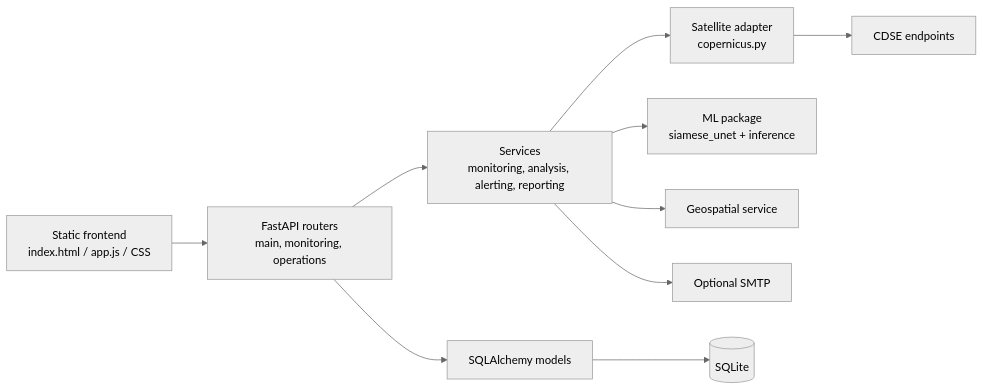
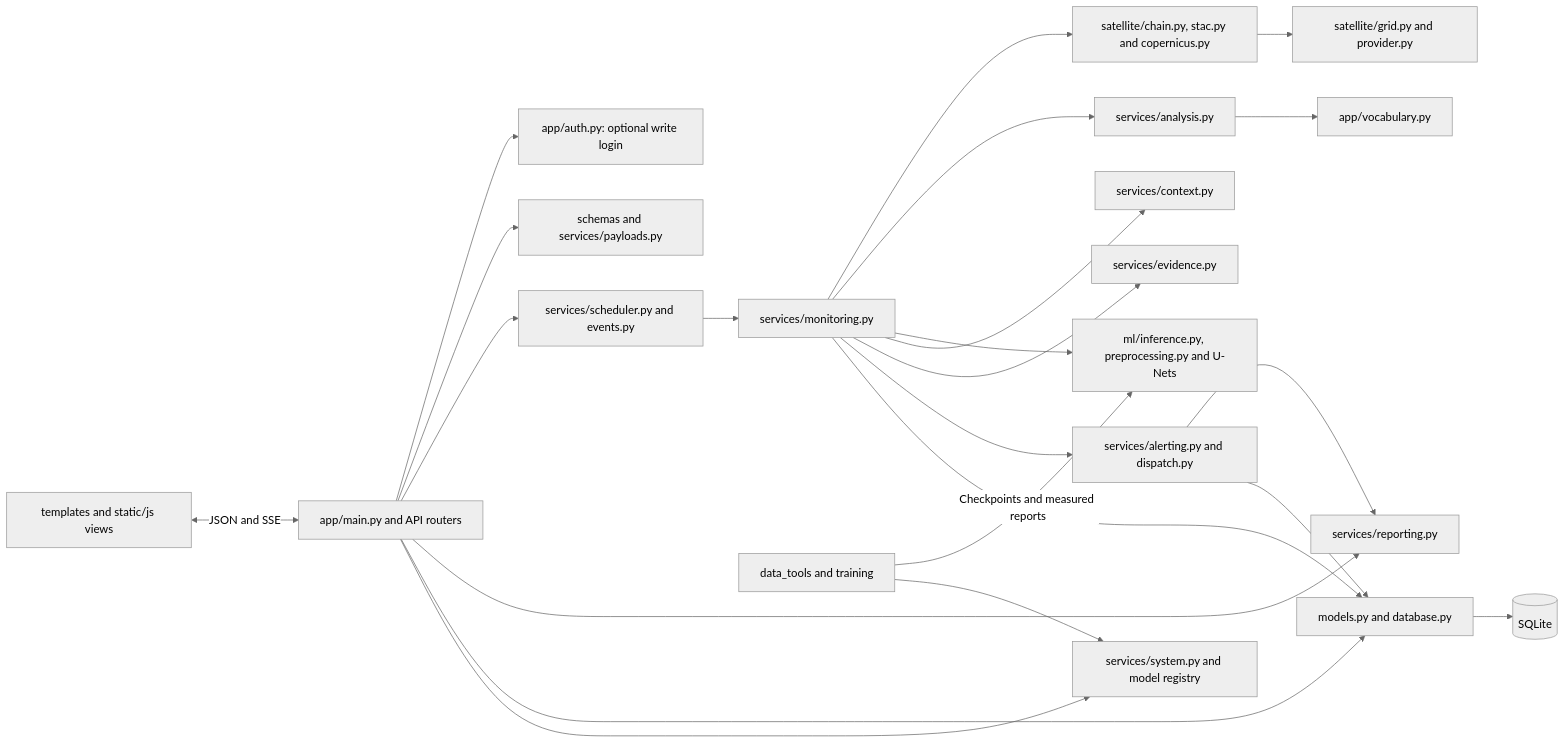
The diagram in docs/diagrams/component.mmd (srinidhimanjunath111-ni/SentinelWatch_Project), drawn with Mermaid (neutral theme) before and after one commit. The commit also changed 9 other files, not shown here.

Commit message:
docs: align ten system diagrams with v3 implementation

```diff
--- a/docs/diagrams/component.mmd
+++ b/docs/diagrams/component.mmd
@@ -1,10 +1,23 @@
 flowchart LR
-  FE[Static frontend\nindex.html / app.js / CSS] --> BE[FastAPI routers\nmain, monitoring, operations]
-  BE --> SVC[Services\nmonitoring, analysis, alerting, reporting]
-  SVC --> SAT[Satellite adapter\ncopernicus.py]
-  SVC --> ML[ML package\nsiamese_unet + inference]
-  SVC --> GEO[Geospatial service]
-  BE --> ORM[SQLAlchemy models]
-  ORM --> SQL[(SQLite)]
-  SAT --> CDSE[CDSE endpoints]
-  SVC --> SMTP[Optional SMTP]
+  FE[templates and static/js views] <-->|JSON and SSE| MAIN[app/main.py and API routers]
+  MAIN --> AUTH[app/auth.py: optional write login]
+  MAIN --> PAY[schemas and services/payloads.py]
+  MAIN --> SCH[services/scheduler.py and events.py]
+  SCH --> MON[services/monitoring.py]
+  MON --> SAT[satellite/chain.py, stac.py and copernicus.py]
+  SAT --> GRID[satellite/grid.py and provider.py]
+  MON --> ANA[services/analysis.py]
+  ANA --> VOC[app/vocabulary.py]
+  MON --> ML[ml/inference.py, preprocessing.py and U-Nets]
+  MON --> CTX[services/context.py]
+  MON --> EV[services/evidence.py]
+  MON --> ALERT[services/alerting.py and dispatch.py]
+  ALERT --> REPORT[services/reporting.py]
+  MAIN --> REPORT
+  MON --> ORM[models.py and database.py]
+  ALERT --> ORM
+  MAIN --> ORM
+  ORM --> DB[(SQLite)]
+  MAIN --> SYSTEM[services/system.py and model registry]
+  DATA[data_tools and training] -->|Checkpoints and measured reports| ML
+  DATA --> SYSTEM
```
